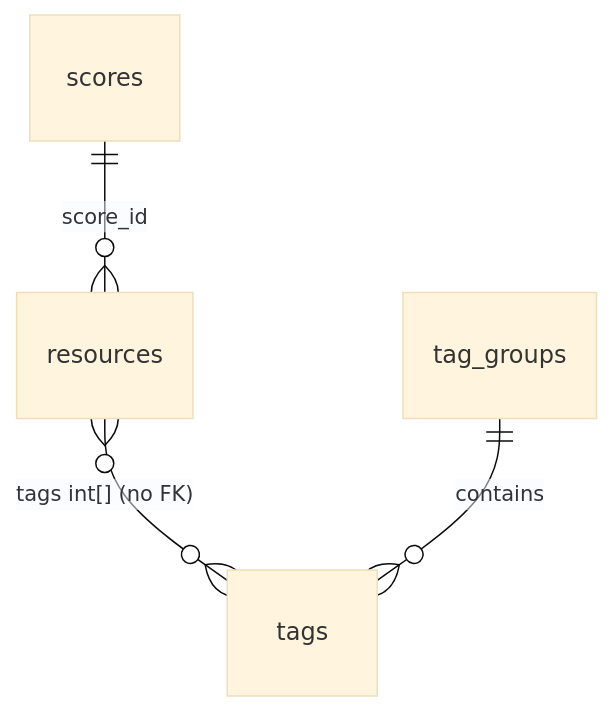
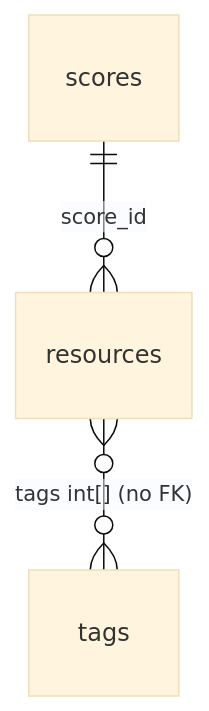
Before and after one commit to Code-4-Community/proj-fh: the diagram in docs/resources-tags-end-state-schema.md, drawn with Mermaid (base theme). The commit also changed other lines of this file and 21 other files, not shown here.

````diff
--- a/docs/resources-tags-end-state-schema.md
+++ b/docs/resources-tags-end-state-schema.md
@@ -9,6 +9,5 @@
 ```mermaid
 erDiagram
     resources }o--o{ tags : "tags int[] (no FK)"
-    tag_groups ||--o{ tags : contains
     scores ||--o{ resources : "score_id"
 ```
````
